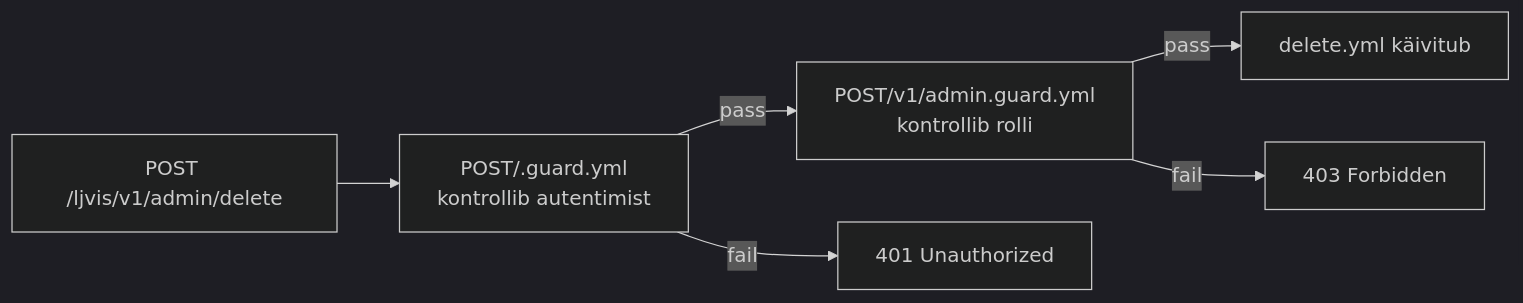
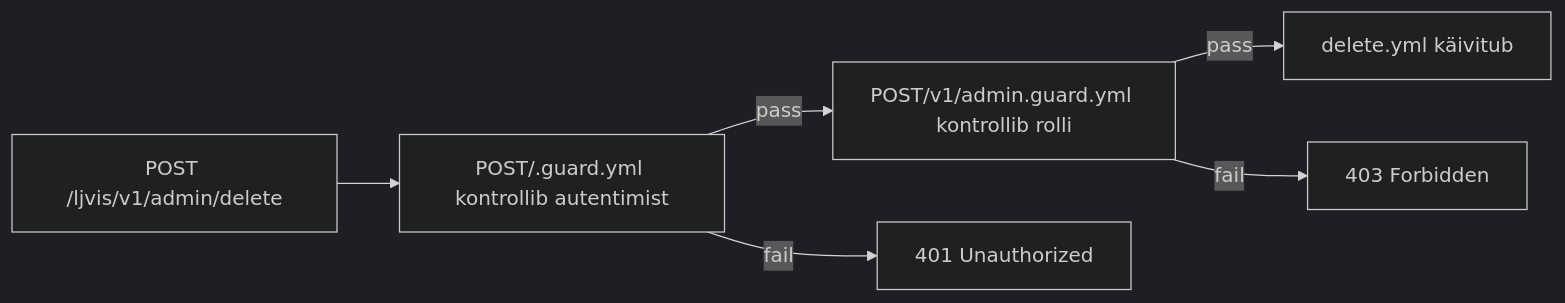
One commit to kemit-ee/ljvis-2 changed the fourth of 4 diagrams in docs/migration_guide_to_rust_ruuter.md. Above: the diagram before and after it, drawn with Mermaid (dark theme). The commit also changed other lines of this file, not shown here.

Commit message:
docs: fix Mermaid syntax errors in migration guide

````diff
--- a/docs/migration_guide_to_rust_ruuter.md
+++ b/docs/migration_guide_to_rust_ruuter.md
@@ -379,8 +379,8 @@
 ```mermaid
 flowchart LR
-    Req[POST /ljvis/v1/admin/delete] --> G1[POST/.guard.yml\nkontrollib autentimist]
-    G1 -->|pass| G2[POST/v1/admin.guard.yml\nkontrollib rolli]
+    Req["POST /ljvis/v1/admin/delete"] --> G1["POST/.guard.yml kontrollib autentimist"]
+    G1 -->|pass| G2["POST/v1/admin.guard.yml kontrollib rolli"]
     G2 -->|pass| DSL[delete.yml käivitub]
     G1 -->|fail| R1[401 Unauthorized]
     G2 -->|fail| R2[403 Forbidden]
 ```
````
